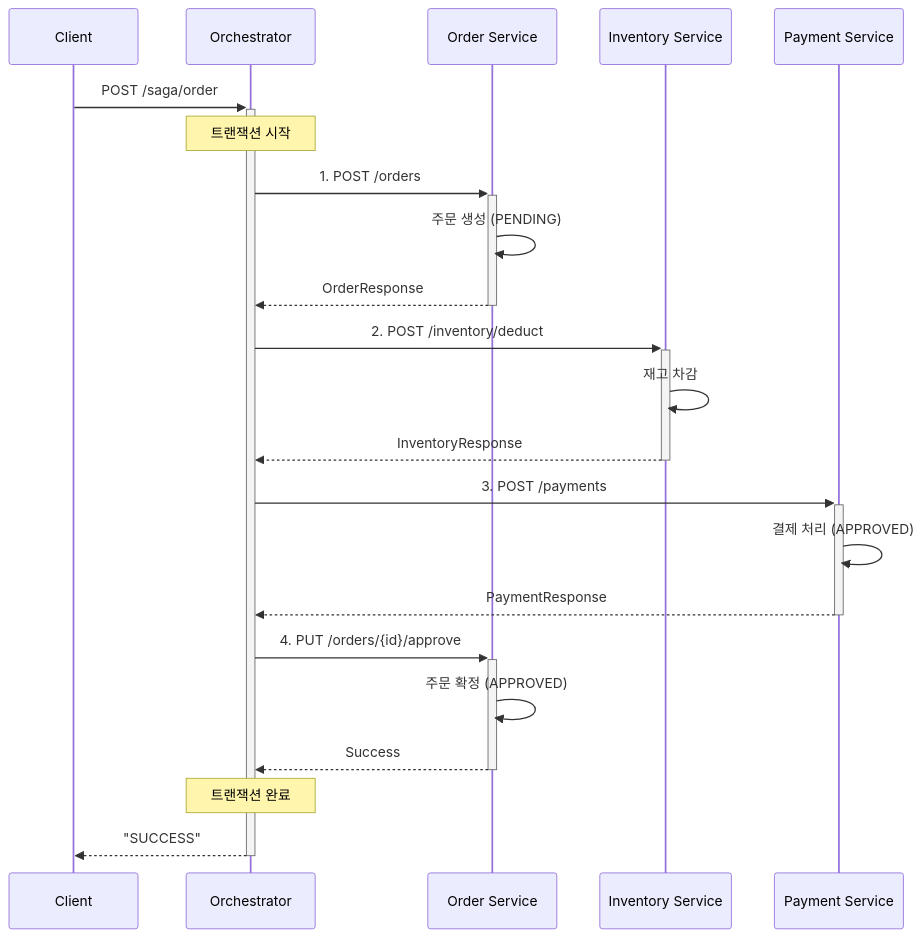
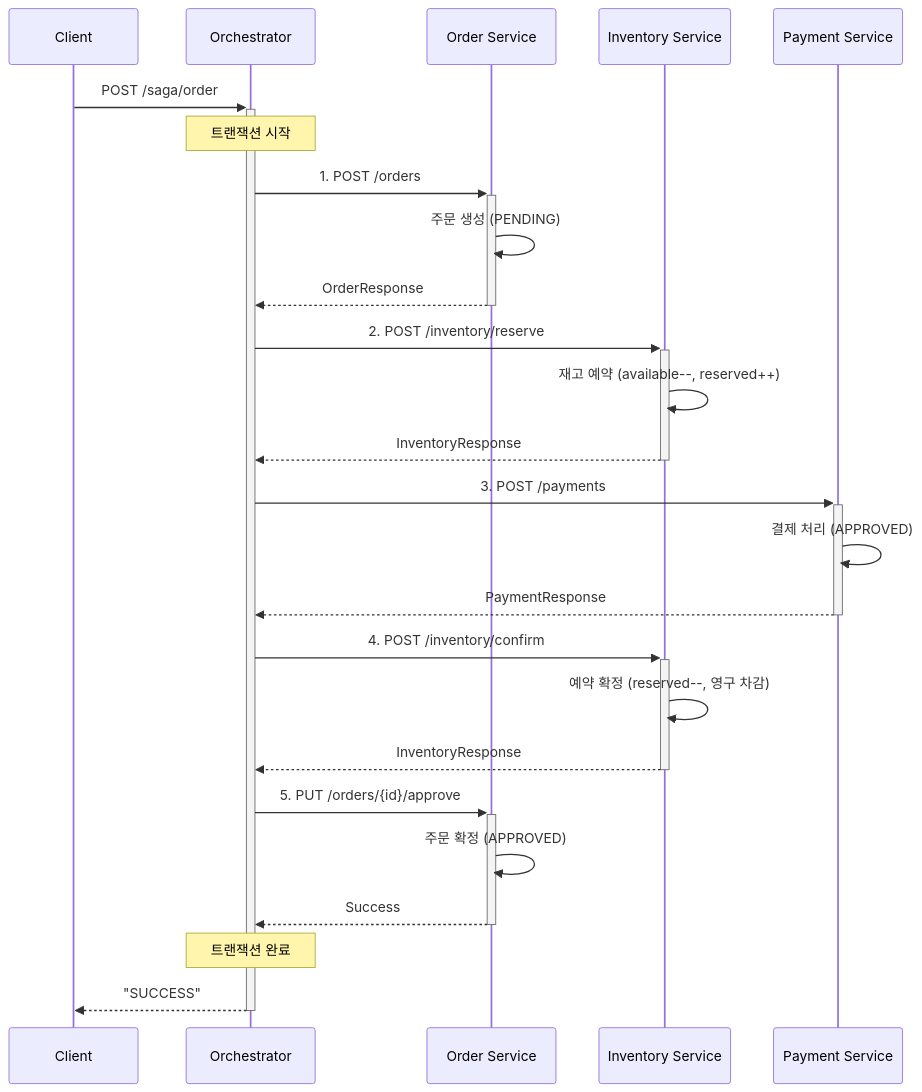
Before and after one commit to kimjunyoung90/saga-examples: the first of 4 diagrams in orchestration/README.md, drawn with Mermaid. The commit also changed other lines of this file and 13 other files, not shown here.

````diff
--- a/orchestration/README.md
+++ b/orchestration/README.md
@@ -105,30 +139,34 @@
 ```mermaid
 sequenceDiagram
     participant C as Client
     participant O as Orchestrator
     participant Order as Order Service
     participant Inv as Inventory Service
     participant Pay as Payment Service
 
     C->>+O: POST /saga/order
     Note over O: 트랜잭션 시작
 
     O->>+Order: 1. POST /orders
     Order->>Order: 주문 생성 (PENDING)
     Order-->>-O: OrderResponse
 
-    O->>+Inv: 2. POST /inventory/deduct
-    Inv->>Inv: 재고 차감
+    O->>+Inv: 2. POST /inventory/reserve
+    Inv->>Inv: 재고 예약 (available--, reserved++)
     Inv-->>-O: InventoryResponse
 
     O->>+Pay: 3. POST /payments
     Pay->>Pay: 결제 처리 (APPROVED)
     Pay-->>-O: PaymentResponse
 
-    O->>+Order: 4. PUT /orders/{id}/approve
+    O->>+Inv: 4. POST /inventory/confirm
+    Inv->>Inv: 예약 확정 (reserved--, 영구 차감)
+    Inv-->>-O: InventoryResponse
+
+    O->>+Order: 5. PUT /orders/{id}/approve
     Order->>Order: 주문 확정 (APPROVED)
     Order-->>-O: Success
 
     Note over O: 트랜잭션 완료
     O-->>-C: "SUCCESS"
 ```
````
